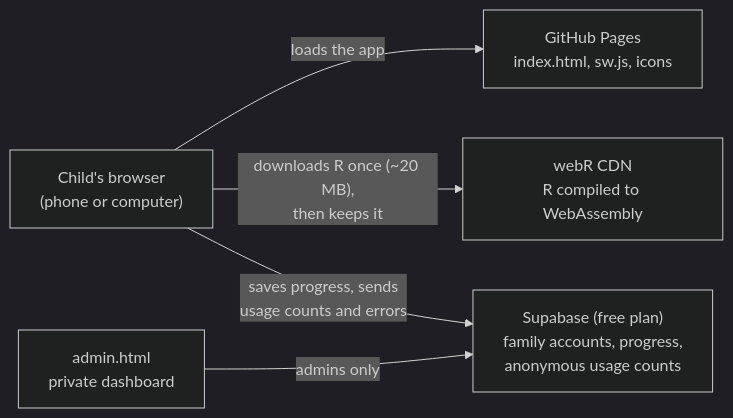
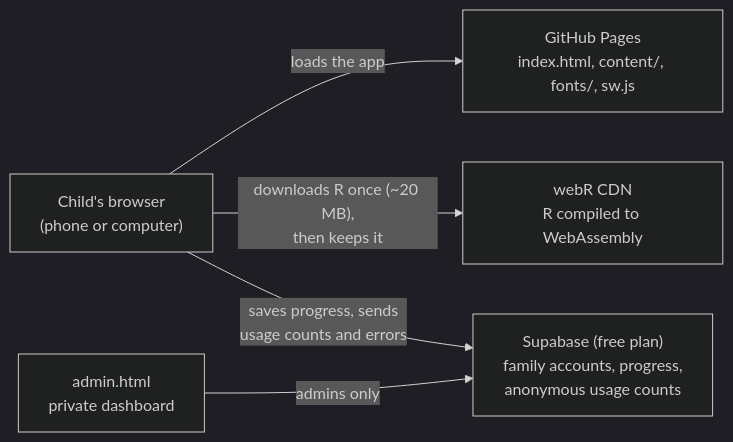
The diagram in README.md (Exelegch/rquest), drawn with Mermaid (dark theme) before and after one commit. The commit also changed other lines of this file and 60 other files, not shown here.

````diff
--- a/README.md
+++ b/README.md
@@ -61,12 +78,12 @@
 ```mermaid
 flowchart LR
   child["Child's browser<br/>(phone or computer)"]
-  pages["GitHub Pages<br/>index.html, sw.js, icons"]
+  pages["GitHub Pages<br/>index.html, content/, fonts/, sw.js"]
   webr["webR CDN<br/>R compiled to WebAssembly"]
   sb["Supabase (free plan)<br/>family accounts, progress,<br/>anonymous usage counts"]
   admin["admin.html<br/>private dashboard"]
   child -- "loads the app" --> pages
   child -- "downloads R once (~20 MB),<br/>then keeps it" --> webr
   child -- "saves progress, sends<br/>usage counts and errors" --> sb
   admin -- "admins only" --> sb
 ```
````
